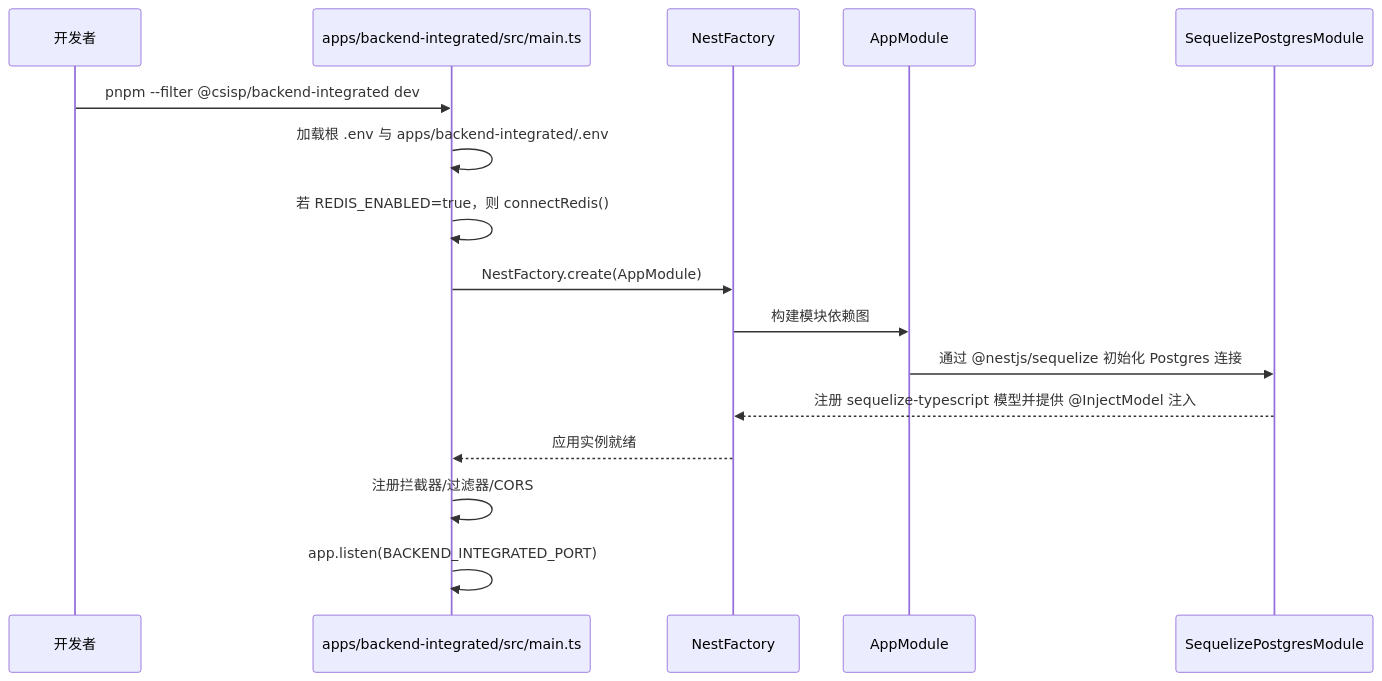
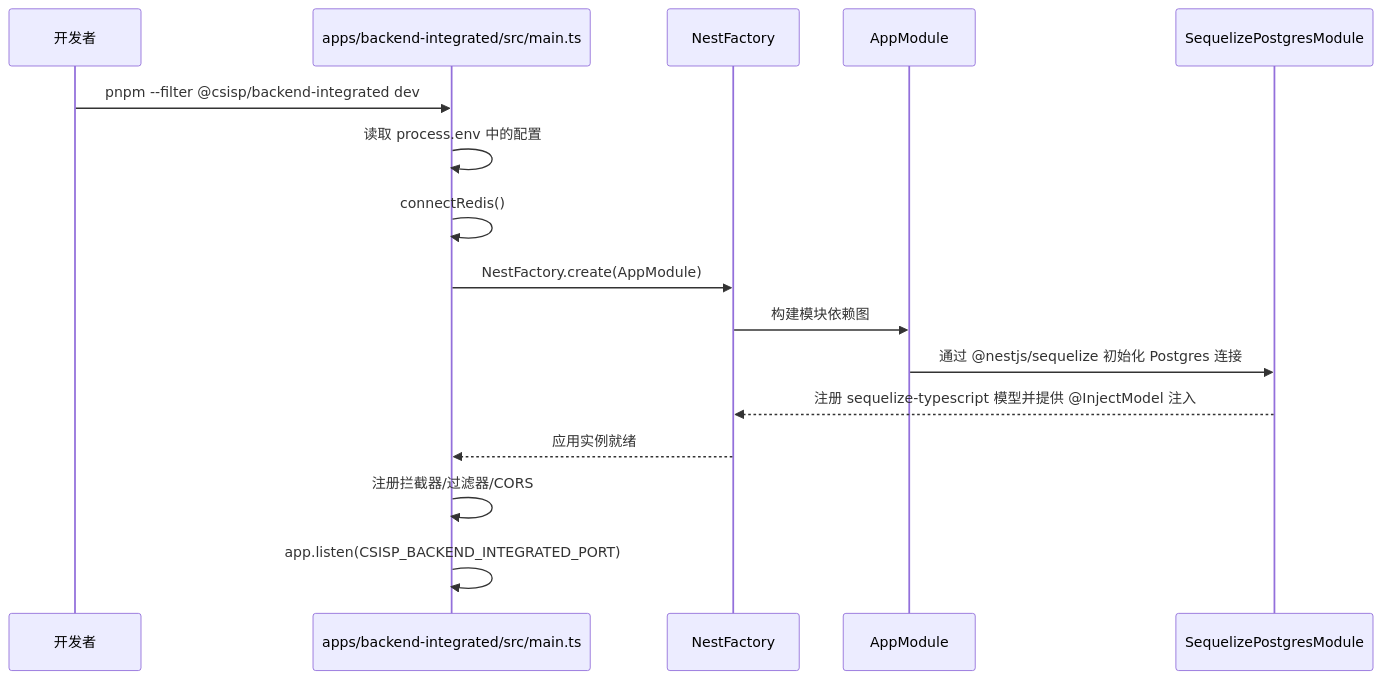
Before and after one commit to LZStarV/CSISP: the second of 3 diagrams in docs-refer/architecture/技术架构设计文档.md, drawn with Mermaid. The commit also changed other lines of this file and 62 other files, not shown here.

````diff
--- a/docs-refer/architecture/技术架构设计文档.md
+++ b/docs-refer/architecture/技术架构设计文档.md
@@ -339,19 +339,19 @@
 ```mermaid
 sequenceDiagram
   participant Dev as 开发者
   participant Main as apps/backend-integrated/src/main.ts
   participant Nest as NestFactory
   participant AppMod as AppModule
   participant PGMod as SequelizePostgresModule
 
   Dev->>Main: pnpm --filter @csisp/backend-integrated dev
-  Main->>Main: 加载根 .env 与 apps/backend-integrated/.env
-  Main->>Main: 若 REDIS_ENABLED=true，则 connectRedis()
+  Main->>Main: 读取 process.env 中的配置
+  Main->>Main: connectRedis()
   Main->>Nest: NestFactory.create(AppModule)
   Nest->>AppMod: 构建模块依赖图
   AppMod->>PGMod: 通过 @nestjs/sequelize 初始化 Postgres 连接
   PGMod-->>Nest: 注册 sequelize-typescript 模型并提供 @InjectModel 注入
   Nest-->>Main: 应用实例就绪
   Main->>Main: 注册拦截器/过滤器/CORS
-  Main->>Main: app.listen(BACKEND_INTEGRATED_PORT)
+  Main->>Main: app.listen(CSISP_BACKEND_INTEGRATED_PORT)
 ```
````
